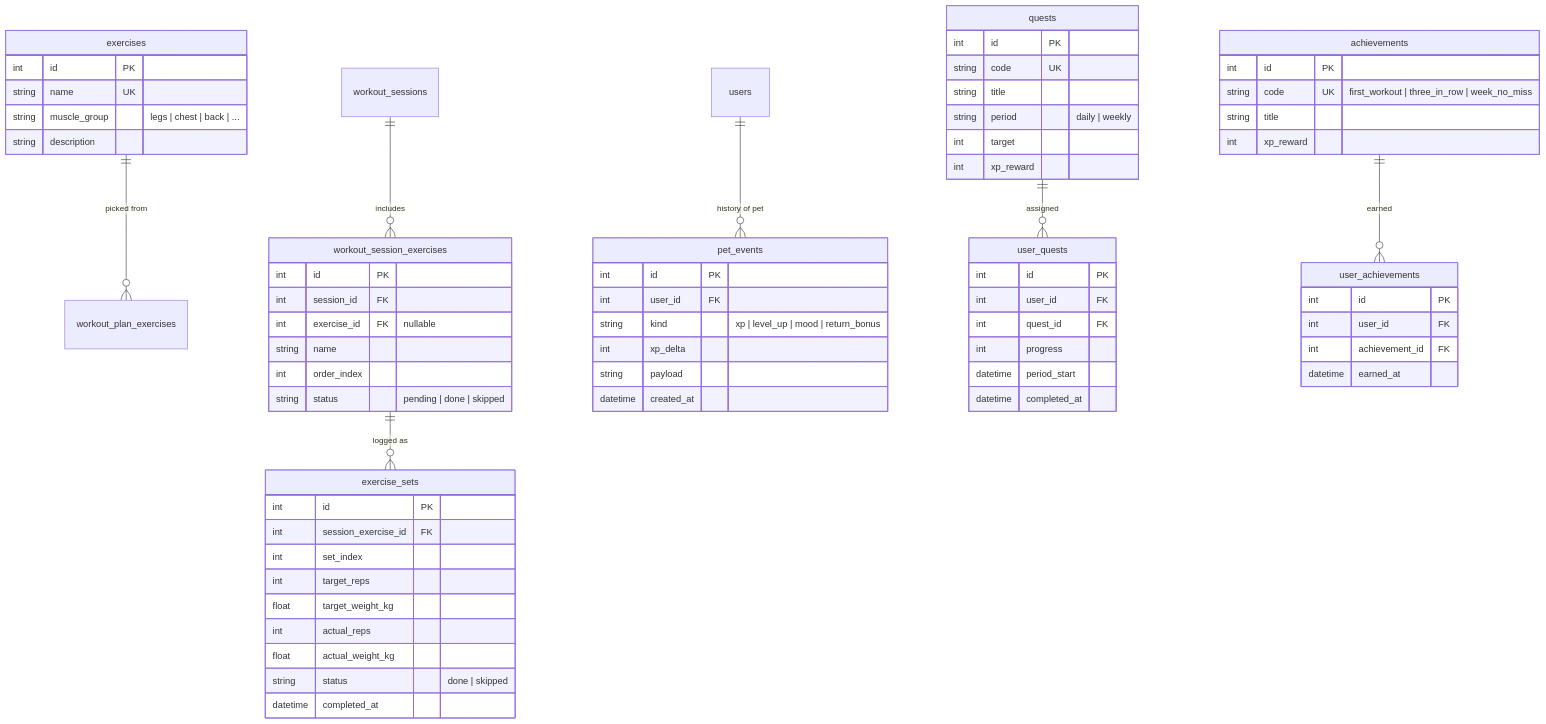
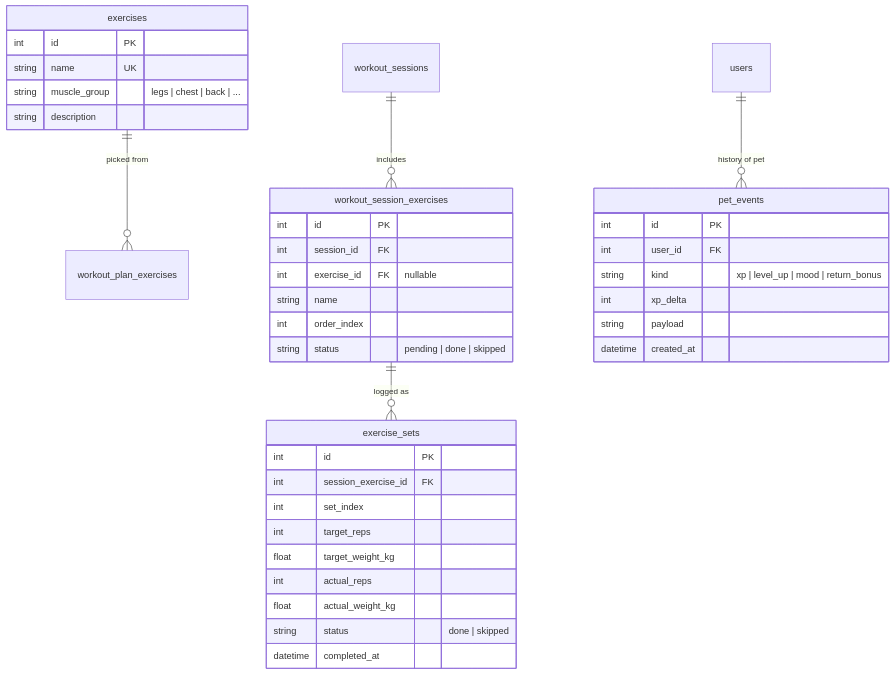
One commit to SonyAkb/FitnessApp changed the second of 2 diagrams in docs/DATABASE.md. Above: the diagram before and after it, drawn with Mermaid. The commit also changed other lines of this file, not shown here.

Commit message:
edits to docs/DATABASE.md

````diff
--- a/docs/DATABASE.md
+++ b/docs/DATABASE.md
@@ -203,71 +203,42 @@
 ```mermaid
 erDiagram
   exercises ||--o{ workout_plan_exercises : "picked from"
   workout_sessions ||--o{ workout_session_exercises : "includes"
   workout_session_exercises ||--o{ exercise_sets : "logged as"
   users ||--o{ pet_events : "history of pet"
-  quests ||--o{ user_quests : "assigned"
-  achievements ||--o{ user_achievements : "earned"
 
   exercises {
     int id PK
     string name UK
     string muscle_group "legs | chest | back | ..."
     string description
   }
   workout_session_exercises {
     int id PK
     int session_id FK
     int exercise_id FK "nullable"
     string name
     int order_index
     string status "pending | done | skipped"
   }
   exercise_sets {
     int id PK
     int session_exercise_id FK
     int set_index
     int target_reps
     float target_weight_kg
     int actual_reps
     float actual_weight_kg
     string status "done | skipped"
     datetime completed_at
   }
   pet_events {
     int id PK
     int user_id FK
     string kind "xp | level_up | mood | return_bonus"
     int xp_delta
     string payload
     datetime created_at
   }
-  quests {
-    int id PK
-    string code UK
-    string title
-    string period "daily | weekly"
-    int target
-    int xp_reward
-  }
-  user_quests {
-    int id PK
-    int user_id FK
-    int quest_id FK
-    int progress
-    datetime period_start
-    datetime completed_at
-  }
-  achievements {
-    int id PK
-    string code UK "first_workout | three_in_row | week_no_miss"
-    string title
-    int xp_reward
-  }
-  user_achievements {
-    int id PK
-    int user_id FK
-    int achievement_id FK
-    datetime earned_at
-  }
+
 ```
````
